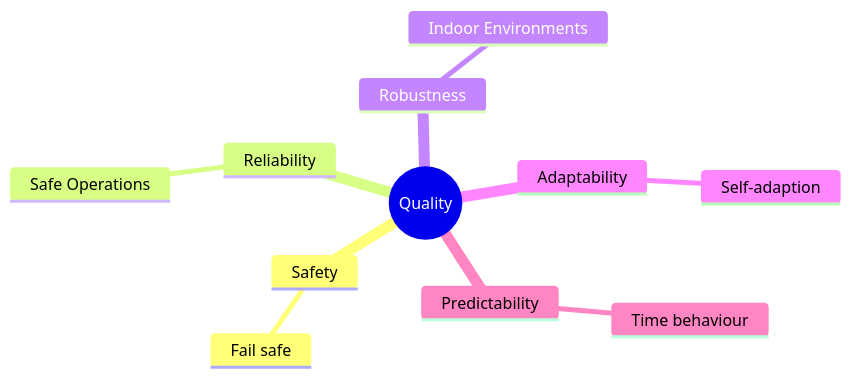
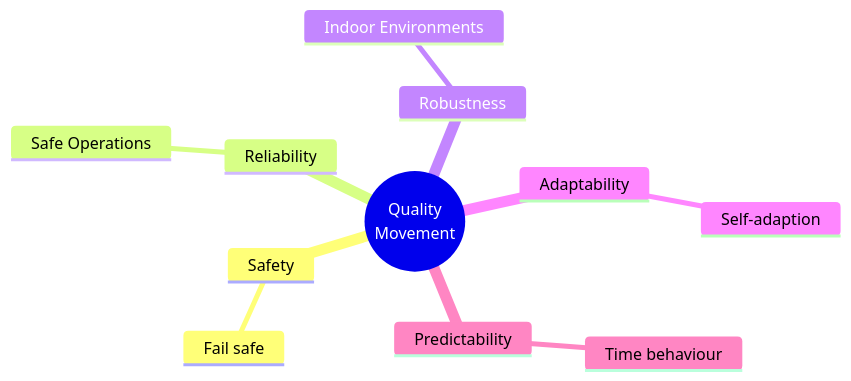
Before and after one commit to una-auxme/arlab: the fifth of 6 diagrams in doc/10. Quality Requirements.md, drawn with Mermaid. The commit also changed other lines of this file, not shown here.

Commit message:
Updated '10. Quality Requirements.md' - Minor updates in graphs.

````diff
--- a/doc/10. Quality Requirements.md
+++ b/doc/10. Quality Requirements.md
@@ -161,14 +161,15 @@
 ```mermaid
 mindmap
-  root((Quality))
+  root((Quality
+        Movement))
     Safety
       Fail safe
     Reliability
       Safe Operations 
     Robustness
       Indoor Environments
     Adaptability
       Self-adaption
     Predictability
       Time behaviour
 ```
````
